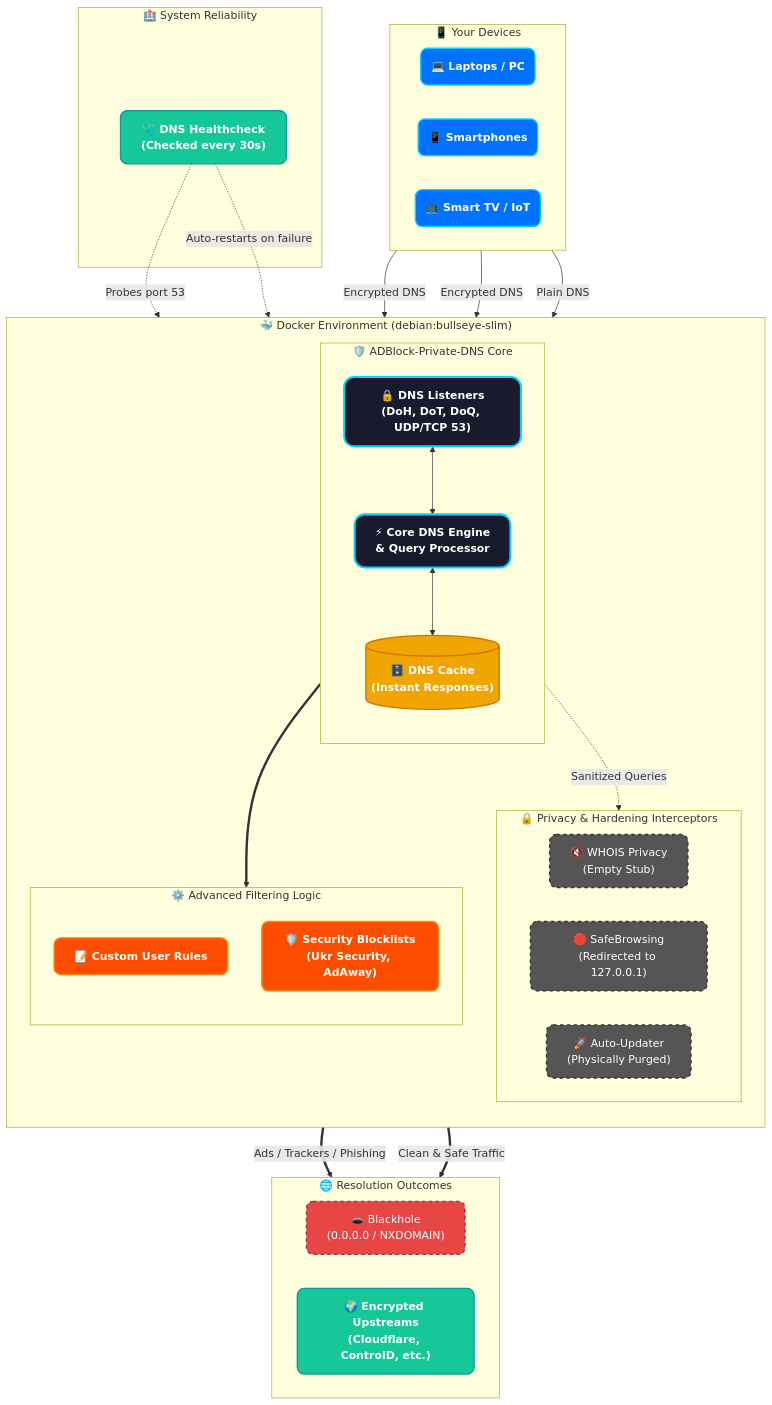
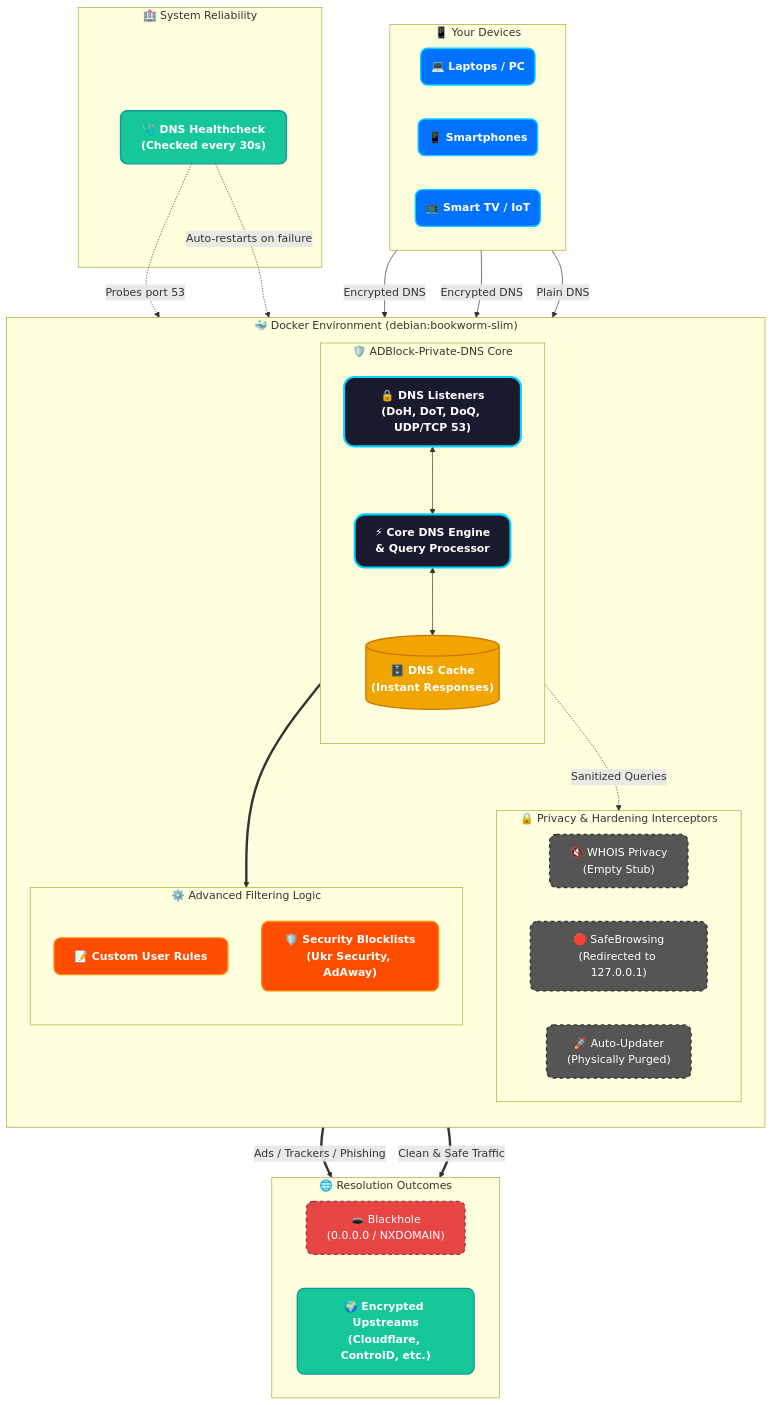
The diagram in README.md (weby-homelab/adblock-pd), drawn with Mermaid before and after one commit. The commit also changed other lines of this file and 3 other files, not shown here.

````diff
--- a/README.md
+++ b/README.md
@@ -54,71 +54,71 @@
 ```mermaid
 flowchart TD
     %% Styling
     classDef client fill:#0072ff,stroke:#00d4ff,stroke-width:2px,color:#fff,font-weight:bold,rx:10,ry:10;
     classDef server fill:#1a1a2e,stroke:#00d4ff,stroke-width:3px,color:#fff,font-weight:bold,rx:15,ry:15;
     classDef filter fill:#ff4d00,stroke:#ff8c00,stroke-width:2px,color:#fff,font-weight:bold,rx:10,ry:10;
     classDef block fill:#e84545,stroke:#903749,stroke-width:2px,color:#fff,stroke-dasharray: 5 5,rx:10,ry:10;
     classDef upstream fill:#16c79a,stroke:#11999e,stroke-width:2px,color:#fff,font-weight:bold,rx:10,ry:10;
     classDef cache fill:#f0a500,stroke:#cf7500,stroke-width:2px,color:#fff,font-weight:bold,rx:10,ry:10;
     classDef dummy fill:#555,stroke:#333,stroke-width:2px,color:#fff,stroke-dasharray: 5 5,rx:10,ry:10;
 
     %% Components
     subgraph Clients ["📱 Your Devices"]
         direction LR
         C1("💻 Laptops / PC"):::client
         C2("📱 Smartphones"):::client
         C3("📺 Smart TV / IoT"):::client
     end
 
-    subgraph Docker ["🐳 Docker Environment (debian:bullseye-slim)"]
+    subgraph Docker ["🐳 Docker Environment (debian:bookworm-slim)"]
         direction TB
         
         subgraph ADBlock_PD ["🛡️ ADBlock-Private-DNS Core"]
             direction TB
             Proto["🔒 DNS Listeners<br>(DoH, DoT, DoQ, UDP/TCP 53)"]:::server
             Engine["⚡ Core DNS Engine<br>& Query Processor"]:::server
             Cache[("🗄️ DNS Cache<br>(Instant Responses)")]:::cache
             
             Proto <--> Engine
             Engine <--> Cache
         end
         
         subgraph Hardening ["🔒 Privacy & Hardening Interceptors"]
             direction LR
             H1["🔇 WHOIS Privacy<br>(Empty Stub)"]:::dummy
             H2["🛑 SafeBrowsing<br>(Redirected to 127.0.0.1)"]:::dummy
             H3["🚀 Auto-Updater<br>(Physically Purged)"]:::dummy
         end
         
         Engine -.->|Sanitized Queries| Hardening
         
         subgraph Logic ["⚙️ Advanced Filtering Logic"]
             direction TB
             Rules1["📝 Custom User Rules"]:::filter
             Rules2["🛡️ Security Blocklists<br>(Ukr Security, AdAway)"]:::filter
         end
         
         Engine ==> Logic
     end
 
     subgraph Outcomes ["🌐 Resolution Outcomes"]
         direction LR
         Null["🕳️ Blackhole<br>(0.0.0.0 / NXDOMAIN)"]:::block
         U1["🌍 Encrypted Upstreams<br>(Cloudflare, ControlD, etc.)"]:::upstream
     end
 
     subgraph Monitoring ["🏥 System Reliability"]
         HC["🩺 DNS Healthcheck<br>(Checked every 30s)"]:::upstream
     end
 
     %% Connections
     C1 -->|Encrypted DNS| Proto
     C2 -->|Encrypted DNS| Proto
     C3 -->|Plain DNS| Proto
 
     Logic =="Ads / Trackers / Phishing"==> Null
     Logic =="Clean & Safe Traffic"==> U1
     
     HC -.->|Probes port 53| Proto
     HC -.->|Auto-restarts on failure| Docker
 ```
````
